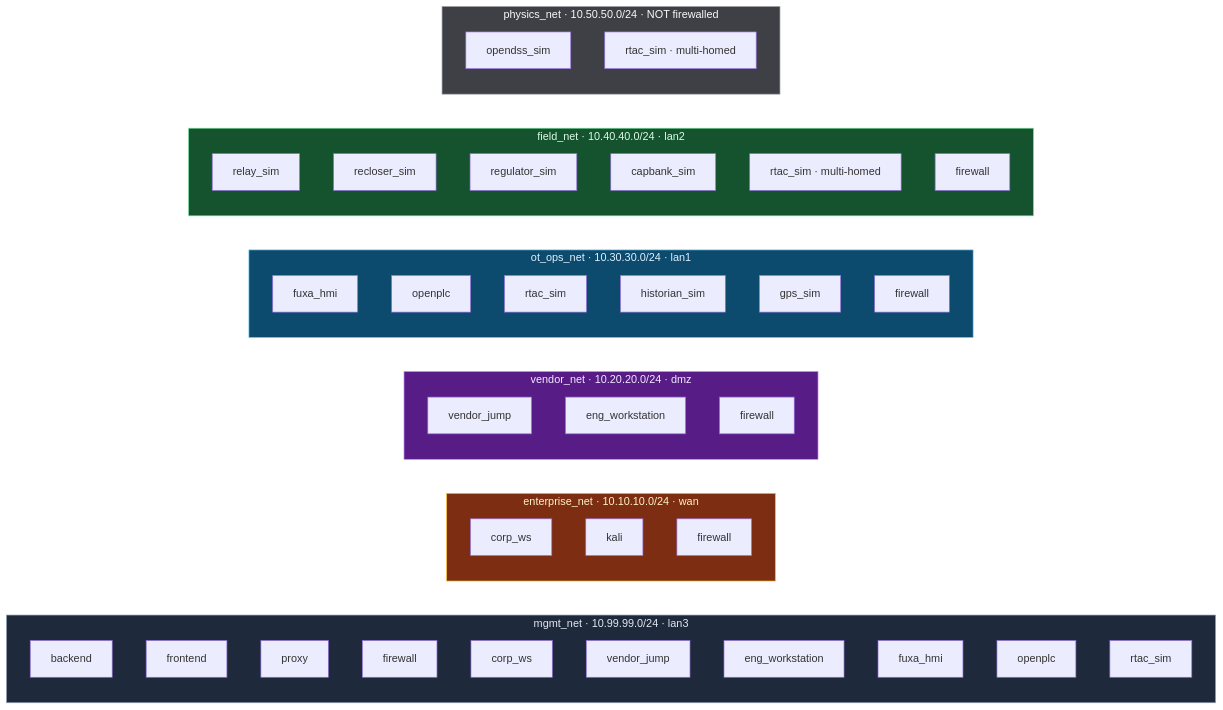
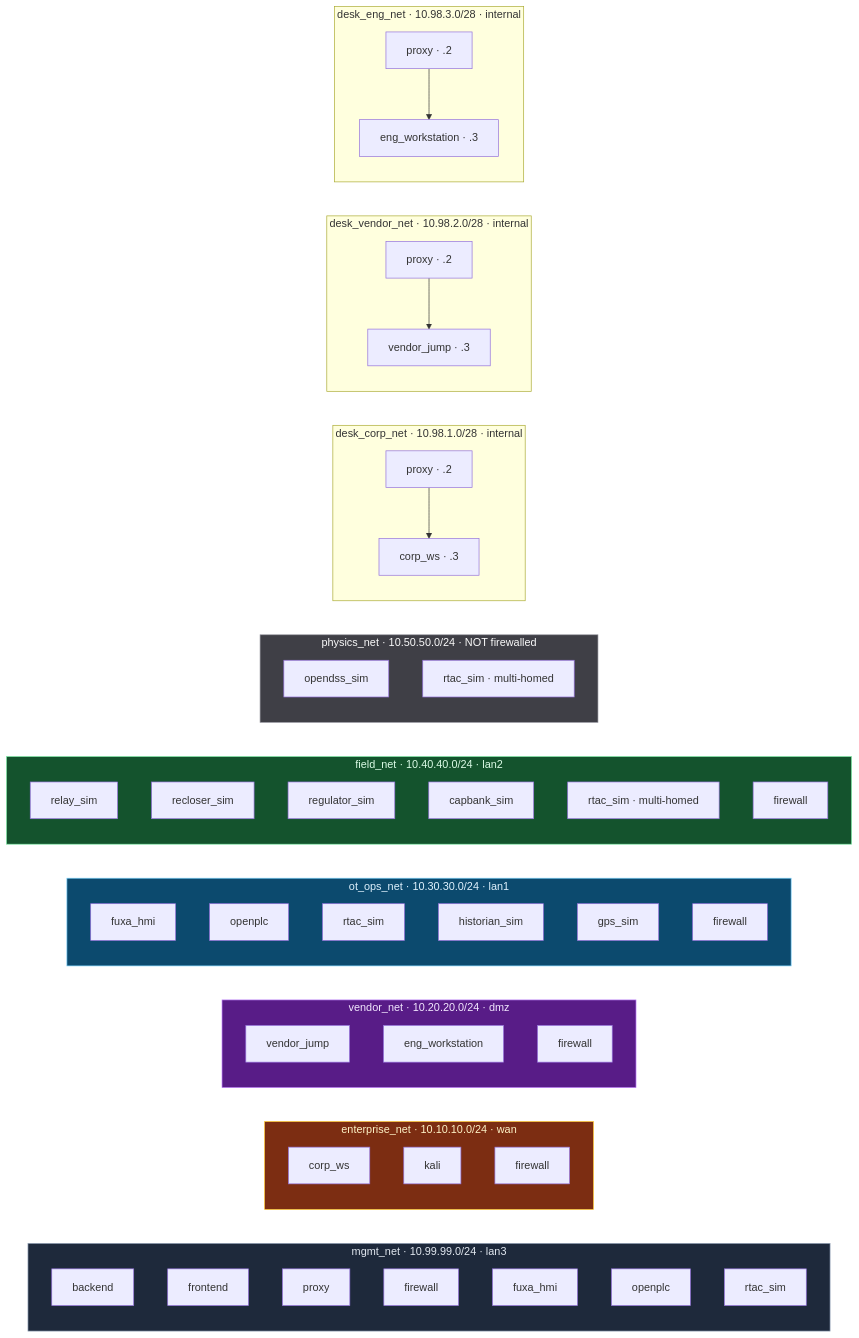
The second of 3 diagrams in docs/architecture-diagram.md (tonylturner/rangerdanger), drawn with Mermaid before and after one commit. The commit also changed other lines of this file and 6 other files, not shown here.

````diff
--- a/docs/architecture-diagram.md
+++ b/docs/architecture-diagram.md
@@ -154,64 +137,71 @@
 ```mermaid
 flowchart LR
     classDef zoneEnt fill:#7c2d12,stroke:#fbbf24,color:#fef3c7
     classDef zoneVen fill:#581c87,stroke:#c084fc,color:#f3e8ff
     classDef zoneOT  fill:#0c4a6e,stroke:#7dd3fc,color:#e0f2fe
     classDef zoneFld fill:#14532d,stroke:#86efac,color:#dcfce7
     classDef zoneMgt fill:#1e293b,stroke:#94a3b8,color:#e2e8f0
     classDef zonePhy fill:#3f3f46,stroke:#a1a1aa,color:#fafafa
 
     subgraph Mgmt["mgmt_net · 10.99.99.0/24 · lan3"]
         backend
         frontend
         proxy
         m_fw[firewall]
-        m_corp[corp_ws]
-        m_vj[vendor_jump]
-        m_ews[eng_workstation]
         m_fuxa[fuxa_hmi]
         m_plc[openplc]
         m_rtac[rtac_sim]
     end
 
     subgraph Ent["enterprise_net · 10.10.10.0/24 · wan"]
         e_corp[corp_ws]
         e_kali[kali]
         e_fw[firewall]
     end
 
     subgraph Vendor["vendor_net · 10.20.20.0/24 · dmz"]
         v_vj[vendor_jump]
         v_ews[eng_workstation]
         v_fw[firewall]
     end
 
     subgraph OT["ot_ops_net · 10.30.30.0/24 · lan1"]
         o_fuxa[fuxa_hmi]
         o_plc[openplc]
         o_rtac[rtac_sim]
         o_hist[historian_sim]
         o_gps[gps_sim]
         o_fw[firewall]
     end
 
     subgraph FieldNet["field_net · 10.40.40.0/24 · lan2"]
         f_relay[relay_sim]
         f_rec[recloser_sim]
         f_reg[regulator_sim]
         f_cap[capbank_sim]
         f_rtac[rtac_sim · multi-homed]
         f_fw[firewall]
     end
 
     subgraph Phys["physics_net · 10.50.50.0/24 · NOT firewalled"]
         p_dss[opendss_sim]
         p_rtac[rtac_sim · multi-homed]
     end
 
+    subgraph DC["desk_corp_net · 10.98.1.0/28 · internal"]
+        dc_proxy[proxy · .2] --> dc_corp[corp_ws · .3]
+    end
+    subgraph DV["desk_vendor_net · 10.98.2.0/28 · internal"]
+        dv_proxy[proxy · .2] --> dv_vendor[vendor_jump · .3]
+    end
+    subgraph DE["desk_eng_net · 10.98.3.0/28 · internal"]
+        de_proxy[proxy · .2] --> de_eng[eng_workstation · .3]
+    end
+
     class Mgmt zoneMgt
     class Ent zoneEnt
     class Vendor zoneVen
     class OT zoneOT
     class FieldNet zoneFld
     class Phys zonePhy
 ```
````
